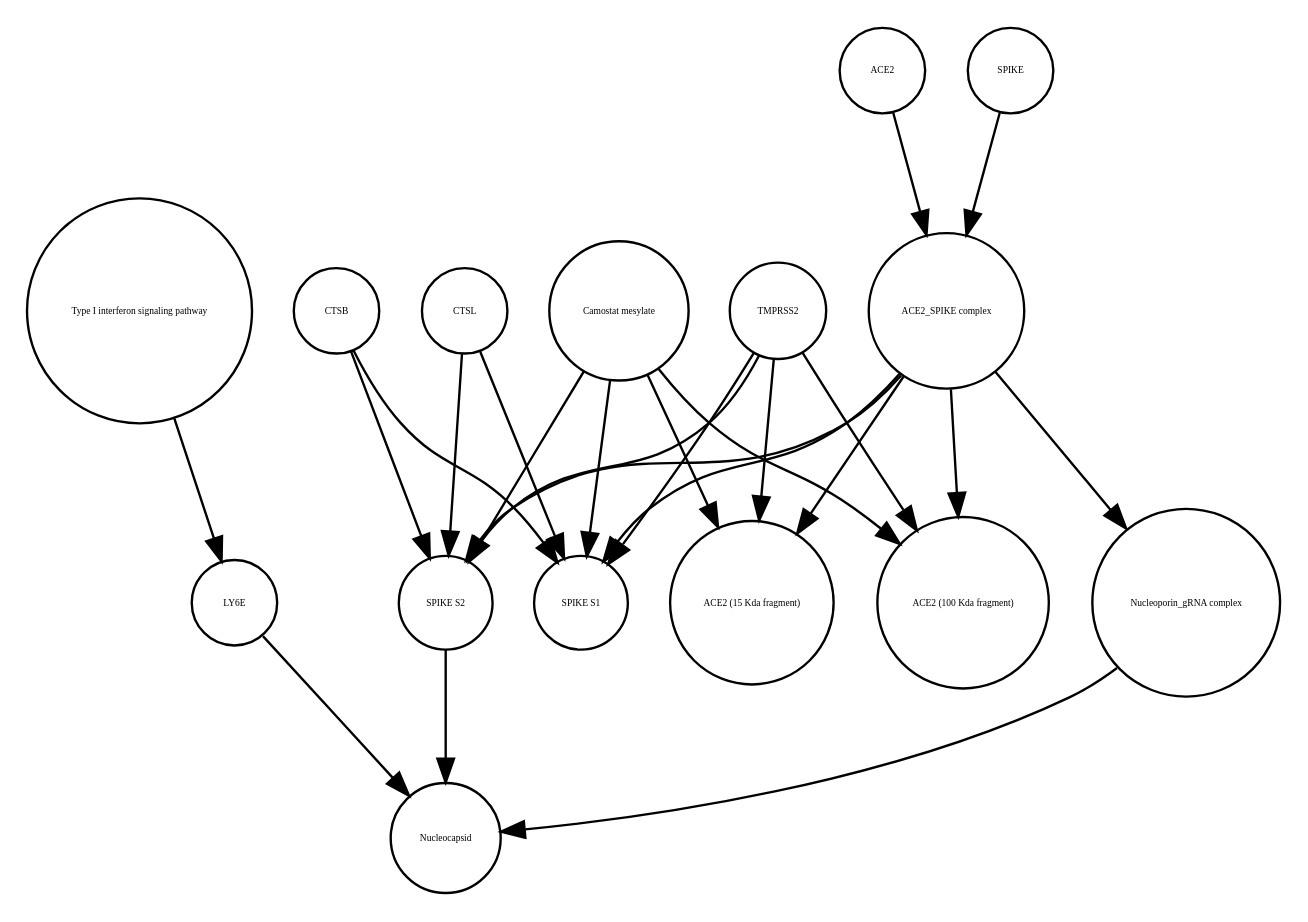
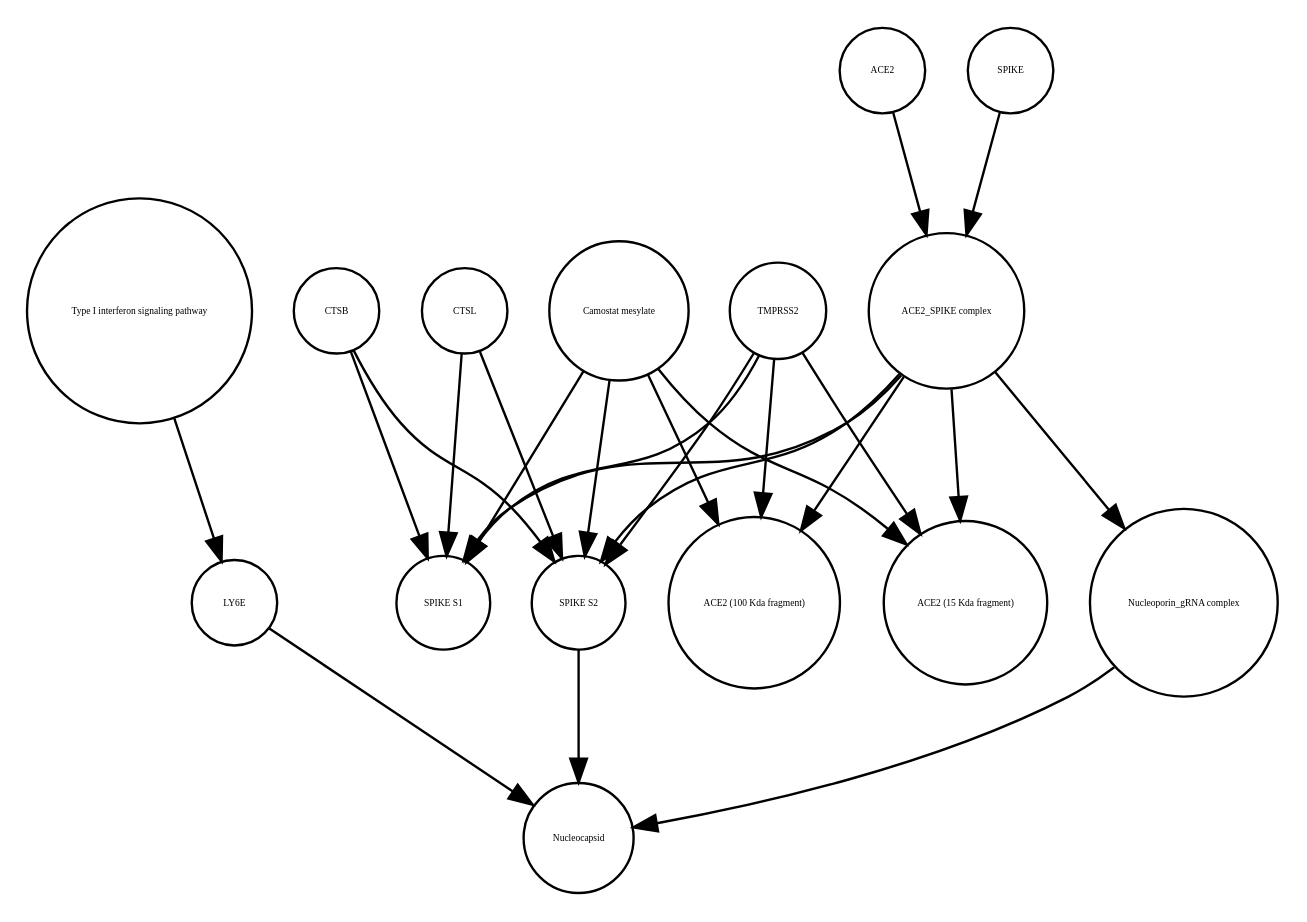
One commit to cannin/covid19-sbgn changed the diagram in Virus_replication_cycle_V02.xml_projected.dot. Above: the diagram before and after it, drawn with Graphviz. The commit also changed 564 other files, not shown here.

```diff
--- a/Virus_replication_cycle_V02.xml_projected.dot
+++ b/Virus_replication_cycle_V02.xml_projected.dot
@@ -1,40 +1,40 @@
 strict digraph  {
 "Type I interferon signaling pathway" [annotation="", bipartite=0, cls=phenotype, fontsize=4, label="Type I interferon signaling pathway", shape=circle];
 LY6E [annotation="", bipartite=0, cls=macromolecule, fontsize=4, label=LY6E, shape=circle];
-CTSL [annotation="", bipartite=0, cls=macromolecule, fontsize=4, label=CTSL, shape=circle];
-"ACE2 (15 Kda fragment)" [annotation="", bipartite=0, cls=macromolecule, fontsize=4, label="ACE2 (15 Kda fragment)", shape=circle];
-"ACE2 (100 Kda fragment)" [annotation="", bipartite=0, cls=macromolecule, fontsize=4, label="ACE2 (100 Kda fragment)", shape=circle];
-"Nucleoporin_gRNA complex " [annotation="", bipartite=0, cls=complex, fontsize=4, label="Nucleoporin_gRNA complex ", shape=circle];
-ACE2 [annotation="", bipartite=0, cls=macromolecule, fontsize=4, label=ACE2, shape=circle];
 CTSB [annotation="", bipartite=0, cls=macromolecule, fontsize=4, label=CTSB, shape=circle];
 "Camostat mesylate" [annotation="urn_miriam_pubchem.compound_2536", bipartite=0, cls="simple chemical", fontsize=4, label="Camostat mesylate", shape=circle];
+Nucleocapsid [annotation="", bipartite=0, cls=complex, fontsize=4, label=Nucleocapsid, shape=circle];
+"ACE2 (100 Kda fragment)" [annotation="", bipartite=0, cls=macromolecule, fontsize=4, label="ACE2 (100 Kda fragment)", shape=circle];
+"ACE2 (15 Kda fragment)" [annotation="", bipartite=0, cls=macromolecule, fontsize=4, label="ACE2 (15 Kda fragment)", shape=circle];
+CTSL [annotation="", bipartite=0, cls=macromolecule, fontsize=4, label=CTSL, shape=circle];
+"SPIKE S1" [annotation="", bipartite=0, cls=macromolecule, fontsize=4, label="SPIKE S1", shape=circle];
+ACE2 [annotation="", bipartite=0, cls=macromolecule, fontsize=4, label=ACE2, shape=circle];
+TMPRSS2 [annotation="", bipartite=0, cls=macromolecule, fontsize=4, label=TMPRSS2, shape=circle];
 SPIKE [annotation="", bipartite=0, cls="macromolecule multimer", fontsize=4, label=SPIKE, shape=circle];
 "SPIKE S2" [annotation="", bipartite=0, cls=macromolecule, fontsize=4, label="SPIKE S2", shape=circle];
-TMPRSS2 [annotation="", bipartite=0, cls=macromolecule, fontsize=4, label=TMPRSS2, shape=circle];
-"SPIKE S1" [annotation="", bipartite=0, cls=macromolecule, fontsize=4, label="SPIKE S1", shape=circle];
-Nucleocapsid [annotation="", bipartite=0, cls=complex, fontsize=4, label=Nucleocapsid, shape=circle];
+"Nucleoporin_gRNA complex " [annotation="", bipartite=0, cls=complex, fontsize=4, label="Nucleoporin_gRNA complex ", shape=circle];
 "ACE2_SPIKE complex" [annotation="", bipartite=0, cls=complex, fontsize=4, label="ACE2_SPIKE complex", shape=circle];
 "Type I interferon signaling pathway" -> LY6E  [annotation="", interaction_type=stimulation];
 LY6E -> Nucleocapsid  [annotation="urn_miriam_doi_10.1101%2F2020.03.05.979260|urn_miriam_doi_10.1101%2F2020.04.02.021469", interaction_type=inhibition];
+CTSB -> "SPIKE S1"  [annotation=urn_miriam_pubmed_32142651, interaction_type=catalysis];
+CTSB -> "SPIKE S2"  [annotation=urn_miriam_pubmed_32142651, interaction_type=catalysis];
+"Camostat mesylate" -> "SPIKE S1"  [annotation="urn_miriam_pubmed_32142651|urn_miriam_pubmed_32094589|urn_miriam_pubmed_24227843", interaction_type=inhibition];
+"Camostat mesylate" -> "ACE2 (15 Kda fragment)"  [annotation="urn_miriam_pubmed_32142651|urn_miriam_pubmed_32094589|urn_miriam_pubmed_24227843", interaction_type=inhibition];
+"Camostat mesylate" -> "SPIKE S2"  [annotation="urn_miriam_pubmed_32142651|urn_miriam_pubmed_32094589|urn_miriam_pubmed_24227843", interaction_type=inhibition];
+"Camostat mesylate" -> "ACE2 (100 Kda fragment)"  [annotation="urn_miriam_pubmed_32142651|urn_miriam_pubmed_32094589|urn_miriam_pubmed_24227843", interaction_type=inhibition];
 CTSL -> "SPIKE S1"  [annotation=urn_miriam_pubmed_32142651, interaction_type=catalysis];
 CTSL -> "SPIKE S2"  [annotation=urn_miriam_pubmed_32142651, interaction_type=catalysis];
+ACE2 -> "ACE2_SPIKE complex"  [annotation="", interaction_type=production];
+TMPRSS2 -> "SPIKE S1"  [annotation="urn_miriam_pubmed_32142651|urn_miriam_pubmed_32094589|urn_miriam_pubmed_24227843", interaction_type=catalysis];
+TMPRSS2 -> "ACE2 (15 Kda fragment)"  [annotation="urn_miriam_pubmed_32142651|urn_miriam_pubmed_32094589|urn_miriam_pubmed_24227843", interaction_type=catalysis];
+TMPRSS2 -> "SPIKE S2"  [annotation="urn_miriam_pubmed_32142651|urn_miriam_pubmed_32094589|urn_miriam_pubmed_24227843", interaction_type=catalysis];
+TMPRSS2 -> "ACE2 (100 Kda fragment)"  [annotation="urn_miriam_pubmed_32142651|urn_miriam_pubmed_32094589|urn_miriam_pubmed_24227843", interaction_type=catalysis];
+SPIKE -> "ACE2_SPIKE complex"  [annotation="", interaction_type=production];
+"SPIKE S2" -> Nucleocapsid  [annotation="", interaction_type=stimulation];
 "Nucleoporin_gRNA complex " -> Nucleocapsid  [annotation="", interaction_type=production];
-ACE2 -> "ACE2_SPIKE complex"  [annotation="", interaction_type=production];
-CTSB -> "SPIKE S1"  [annotation=urn_miriam_pubmed_32142651, interaction_type=catalysis];
-CTSB -> "SPIKE S2"  [annotation=urn_miriam_pubmed_32142651, interaction_type=catalysis];
-"Camostat mesylate" -> "ACE2 (15 Kda fragment)"  [annotation="urn_miriam_pubmed_32142651|urn_miriam_pubmed_32094589|urn_miriam_pubmed_24227843", interaction_type=inhibition];
-"Camostat mesylate" -> "ACE2 (100 Kda fragment)"  [annotation="urn_miriam_pubmed_32142651|urn_miriam_pubmed_32094589|urn_miriam_pubmed_24227843", interaction_type=inhibition];
-"Camostat mesylate" -> "SPIKE S1"  [annotation="urn_miriam_pubmed_32142651|urn_miriam_pubmed_32094589|urn_miriam_pubmed_24227843", interaction_type=inhibition];
-"Camostat mesylate" -> "SPIKE S2"  [annotation="urn_miriam_pubmed_32142651|urn_miriam_pubmed_32094589|urn_miriam_pubmed_24227843", interaction_type=inhibition];
-SPIKE -> "ACE2_SPIKE complex"  [annotation="", interaction_type=production];
-"SPIKE S2" -> Nucleocapsid  [annotation="urn_miriam_doi_10.1101%2F2020.03.05.979260|urn_miriam_doi_10.1101%2F2020.04.02.021469", interaction_type=stimulation];
-TMPRSS2 -> "ACE2 (15 Kda fragment)"  [annotation="urn_miriam_pubmed_32142651|urn_miriam_pubmed_32094589|urn_miriam_pubmed_24227843", interaction_type=catalysis];
-TMPRSS2 -> "ACE2 (100 Kda fragment)"  [annotation="urn_miriam_pubmed_32142651|urn_miriam_pubmed_32094589|urn_miriam_pubmed_24227843", interaction_type=catalysis];
-TMPRSS2 -> "SPIKE S1"  [annotation="urn_miriam_pubmed_32142651|urn_miriam_pubmed_32094589|urn_miriam_pubmed_24227843", interaction_type=catalysis];
-TMPRSS2 -> "SPIKE S2"  [annotation="urn_miriam_pubmed_32142651|urn_miriam_pubmed_32094589|urn_miriam_pubmed_24227843", interaction_type=catalysis];
+"ACE2_SPIKE complex" -> "Nucleoporin_gRNA complex "  [annotation="urn_miriam_pubmed_32142651|urn_miriam_pubmed_32094589", interaction_type=stimulation];
 "ACE2_SPIKE complex" -> "SPIKE S2"  [annotation="", interaction_type=production];
 "ACE2_SPIKE complex" -> "SPIKE S1"  [annotation="", interaction_type=production];
-"ACE2_SPIKE complex" -> "Nucleoporin_gRNA complex "  [annotation="urn_miriam_pubmed_32142651|urn_miriam_pubmed_32094589", interaction_type=stimulation];
+"ACE2_SPIKE complex" -> "ACE2 (100 Kda fragment)"  [annotation="", interaction_type=production];
 "ACE2_SPIKE complex" -> "ACE2 (15 Kda fragment)"  [annotation="", interaction_type=production];
-"ACE2_SPIKE complex" -> "ACE2 (100 Kda fragment)"  [annotation="", interaction_type=production];
 }
```
